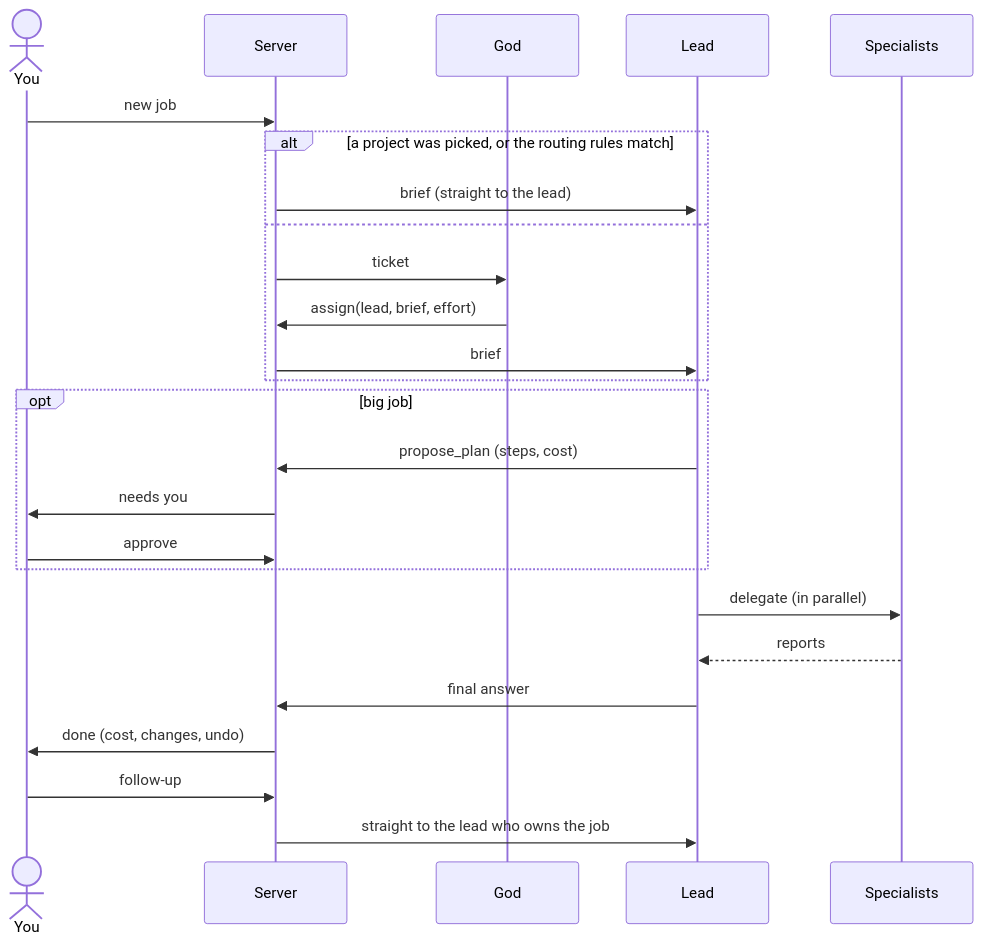
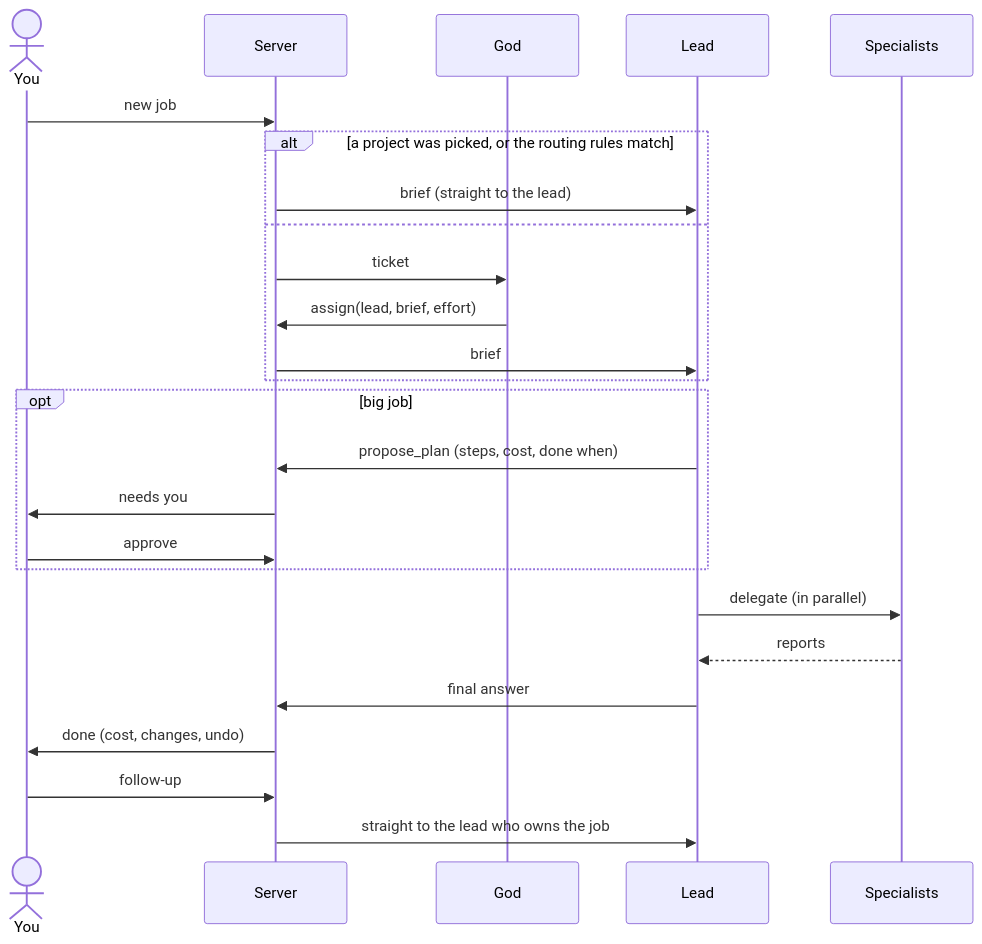
One commit to Renis032/AgenticOS changed the second of 2 diagrams in docs/architecture.md. Above: the diagram before and after it, drawn with Mermaid. The commit also changed other lines of this file and 79 other files, not shown here.

````diff
--- a/docs/architecture.md
+++ b/docs/architecture.md
@@ -55,27 +55,27 @@
 ```mermaid
 sequenceDiagram
   actor You
   participant S as Server
   participant G as God
   participant L as Lead
   participant T as Specialists
   You->>S: new job
   alt a project was picked, or the routing rules match
     S->>L: brief (straight to the lead)
   else
     S->>G: ticket
     G->>S: assign(lead, brief, effort)
     S->>L: brief
   end
   opt big job
-    L->>S: propose_plan (steps, cost)
+    L->>S: propose_plan (steps, cost, done when)
     S->>You: needs you
     You->>S: approve
   end
   L->>T: delegate (in parallel)
   T-->>L: reports
   L->>S: final answer
   S->>You: done (cost, changes, undo)
   You->>S: follow-up
   S->>L: straight to the lead who owns the job
 ```
````
